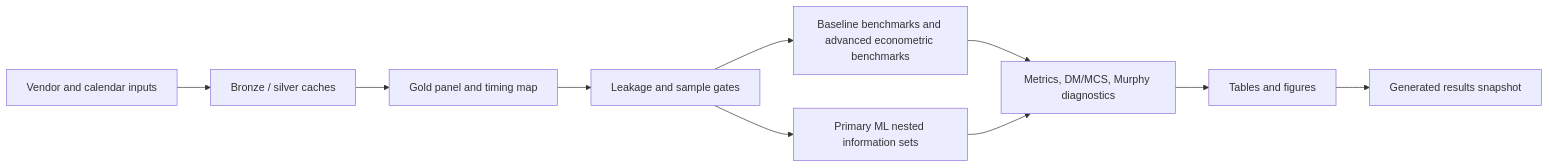
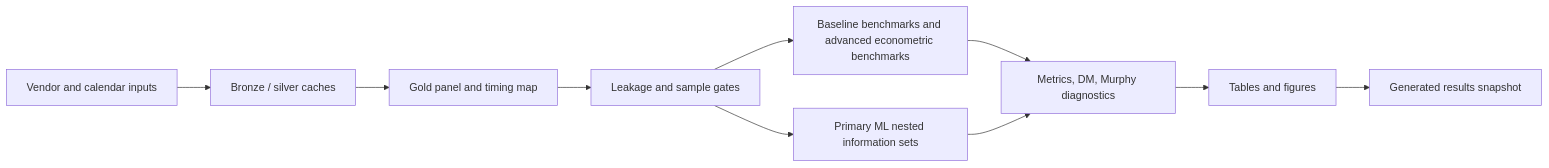
Before and after one commit to TY-Cheng/n225-open-gap-tail: the diagram in docs/results_snapshot.md, drawn with Mermaid. The commit also changed other lines of this file and 151 other files, not shown here.

````diff
--- a/docs/results_snapshot.md
+++ b/docs/results_snapshot.md
@@ -24,12 +24,12 @@
 ```mermaid
 flowchart LR
   A["Vendor and calendar inputs"] --> B["Bronze / silver caches"]
   B --> C["Gold panel and timing map"]
   C --> D["Leakage and sample gates"]
   D --> E["Baseline benchmarks and advanced econometric benchmarks"]
   D --> F["Primary ML nested information sets"]
-  E --> G["Metrics, DM/MCS, Murphy diagnostics"]
+  E --> G["Metrics, DM, Murphy diagnostics"]
   F --> G
   G --> I["Tables and figures"]
   I --> J["Generated results snapshot"]
 ```
````
